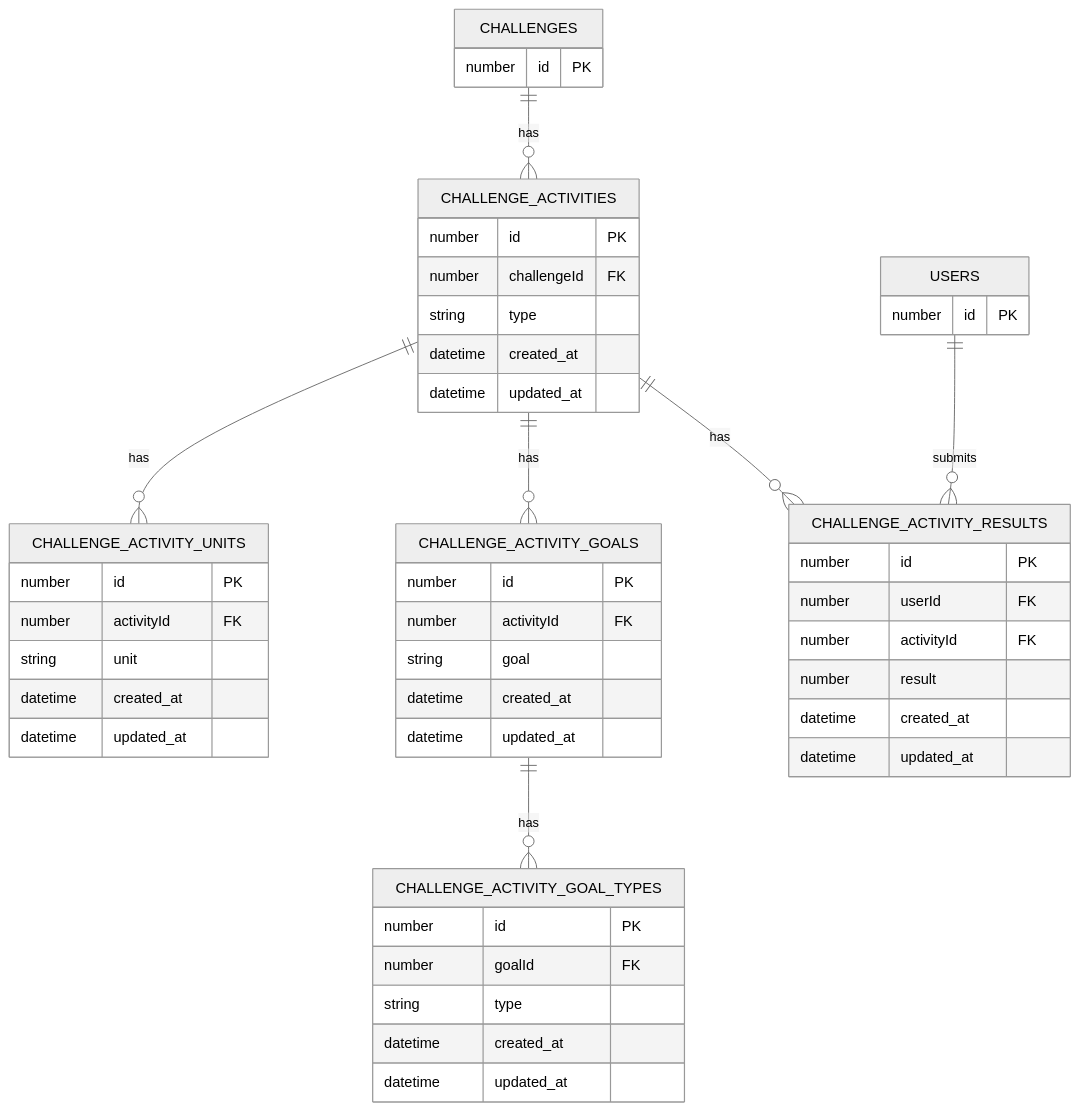
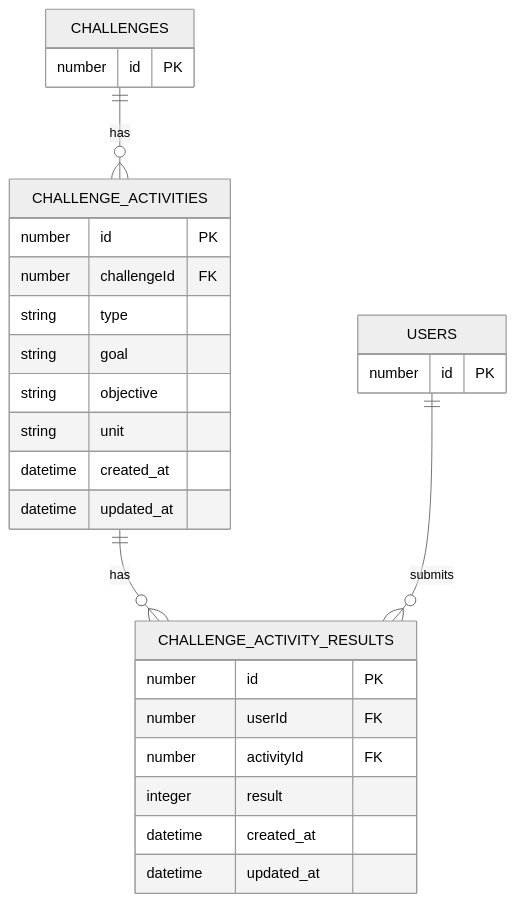
Before and after one commit to lbxa/o: the second of 2 diagrams in packages/db/README.md, drawn with Mermaid (neutral theme). The commit also changed 25 other files, not shown here.

Commit message:
Updated schema to use pg and account for challenge creation

````diff
--- a/packages/db/README.md
+++ b/packages/db/README.md
@@ -109,59 +111,35 @@
 ```mermaid
 erDiagram
     USERS {
         number id PK
     }
 
     CHALLENGES {
         number id PK
     }
 
     CHALLENGE_ACTIVITIES {
         number id PK
         number challengeId FK
         string type
-        datetime created_at
-        datetime updated_at
-    }
-
-    CHALLENGE_ACTIVITY_UNITS {
-        number id PK
-        number activityId FK
+        string goal
+        string objective
         string unit
-        datetime created_at
-        datetime updated_at
-    }
-
-    CHALLENGE_ACTIVITY_GOALS {
-        number id PK
-        number activityId FK
-        string goal
-        datetime created_at
-        datetime updated_at
-    }
-
-    CHALLENGE_ACTIVITY_GOAL_TYPES {
-        number id PK
-        number goalId FK
-        string type
         datetime created_at
         datetime updated_at
     }
 
     CHALLENGE_ACTIVITY_RESULTS {
         number id PK
         number userId FK
         number activityId FK
-        number result
+        integer result
         datetime created_at
         datetime updated_at
     }
 
     %% Relationships
     CHALLENGES ||--o{ CHALLENGE_ACTIVITIES : "has"
-    CHALLENGE_ACTIVITIES ||--o{ CHALLENGE_ACTIVITY_UNITS : "has"
-    CHALLENGE_ACTIVITIES ||--o{ CHALLENGE_ACTIVITY_GOALS : "has"
     CHALLENGE_ACTIVITIES ||--o{ CHALLENGE_ACTIVITY_RESULTS : "has"
-    CHALLENGE_ACTIVITY_GOALS ||--o{ CHALLENGE_ACTIVITY_GOAL_TYPES : "has"
     USERS ||--o{ CHALLENGE_ACTIVITY_RESULTS : "submits"
 ```
````
